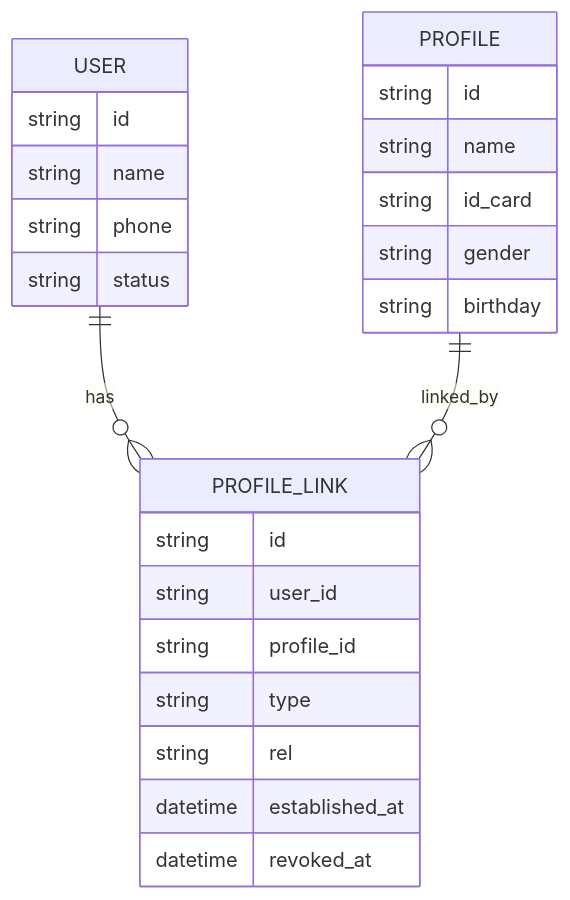
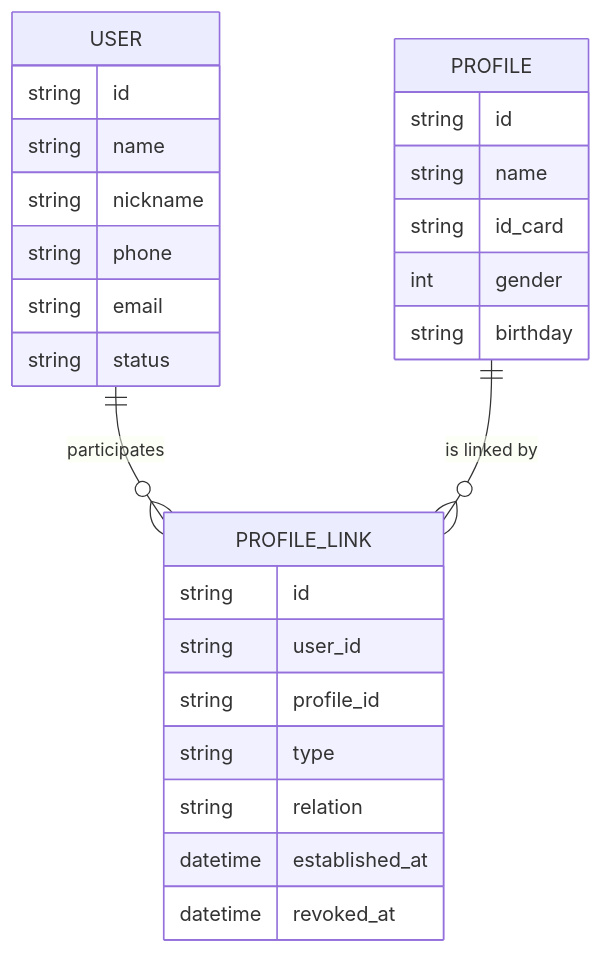
The first of 3 diagrams in docs/02-业务模块/01-Identity/01-领域模型-User-Profile-ProfileLink.md (FangcunMount/iam), drawn with Mermaid before and after one commit. The commit also changed other lines of this file and 7 other files, not shown here.

````diff
--- a/docs/02-业务模块/01-Identity/01-领域模型-User-Profile-ProfileLink.md
+++ b/docs/02-业务模块/01-Identity/01-领域模型-User-Profile-ProfileLink.md
@@ -184,30 +26,32 @@
 ```mermaid
 erDiagram
-    USER ||--o{ PROFILE_LINK : has
-    PROFILE ||--o{ PROFILE_LINK : linked_by
+    USER ||--o{ PROFILE_LINK : "participates"
+    PROFILE ||--o{ PROFILE_LINK : "is linked by"
 
     USER {
         string id
         string name
+        string nickname
         string phone
+        string email
         string status
     }
 
     PROFILE {
         string id
         string name
         string id_card
-        string gender
+        int gender
         string birthday
     }
 
     PROFILE_LINK {
         string id
         string user_id
         string profile_id
         string type
-        string rel
+        string relation
         datetime established_at
         datetime revoked_at
     }
 ```
````
